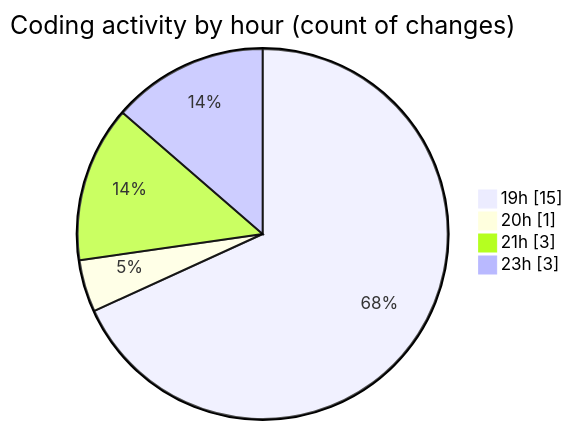
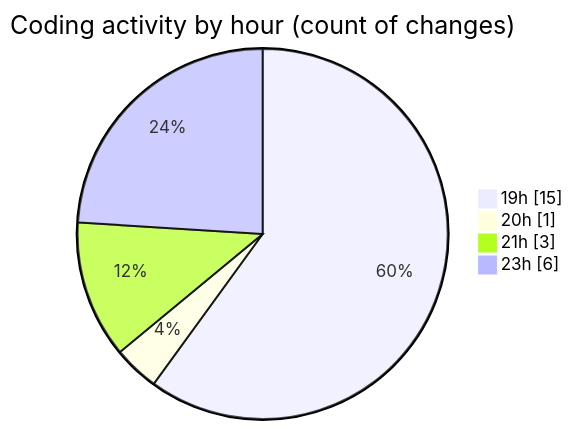
The second of 2 diagrams in 2025-06-20/archive/README.md (JenPaints/code-tracking), drawn with Mermaid before and after one commit. The commit also changed other lines of this file and 1 other file, not shown here.

````diff
--- a/2025-06-20/archive/README.md
+++ b/2025-06-20/archive/README.md
@@ -45,8 +48,8 @@
 ```mermaid
 pie showData
 title Coding activity by hour (count of changes)
 "19h" : 15
 "20h" : 1
 "21h" : 3
-"23h" : 3
+"23h" : 6
 ```
````
